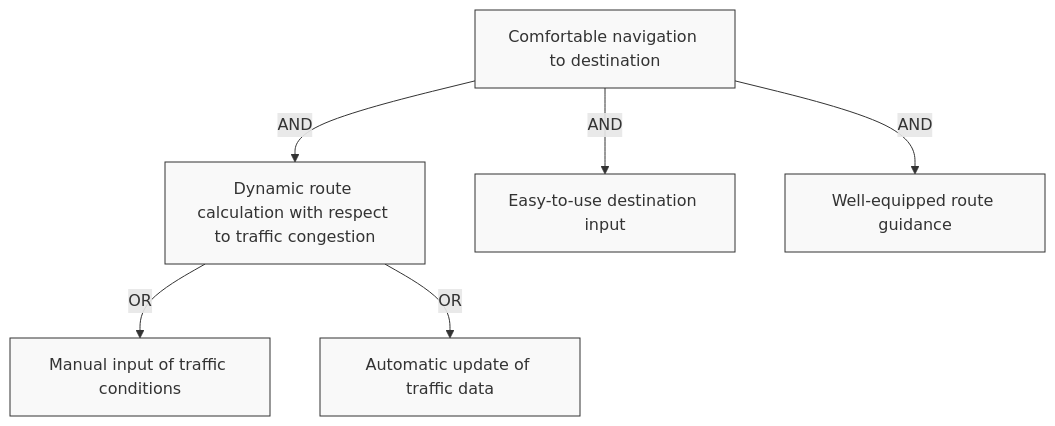
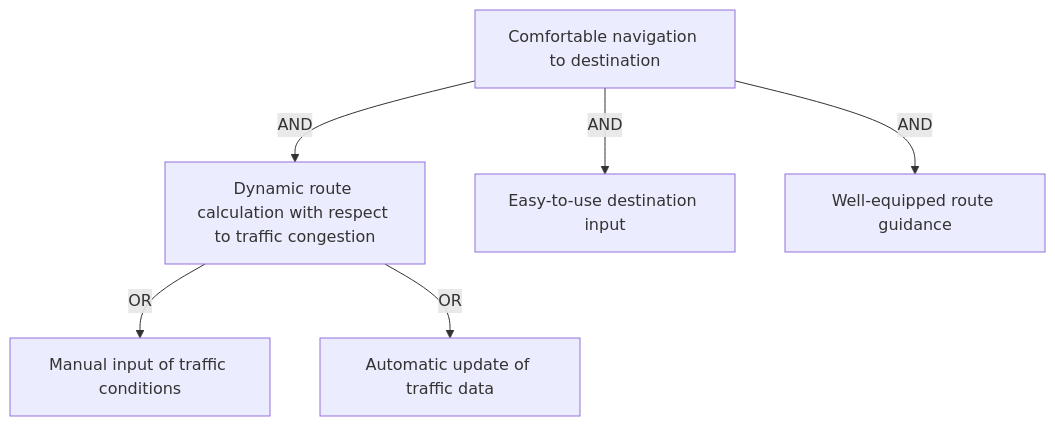
Diagram 24 of 42 in Y1S2/CKS121 Software Requirements.md (Fake1Doge/Obsidian-notes), drawn with Mermaid before and after one commit. The commit also changed other lines of this file and 1 other file, not shown here.

````diff
--- a/Y1S2/CKS121 Software Requirements.md
+++ b/Y1S2/CKS121 Software Requirements.md
@@ -1653,19 +1671,18 @@
 ```mermaid
 graph TD
-    classDef default fill:#f9f9f9,stroke:#333,stroke-width:1px;
     G1["Comfortable navigation to destination"]
     
     G1_1["Dynamic route calculation with respect to traffic congestion"]
     G1_2["Easy-to-use destination input"]
     G1_3["Well-equipped route guidance"]
     
     G1 -->|AND| G1_1
     G1 -->|AND| G1_2
     G1 -->|AND| G1_3
     
     G1_1_A["Manual input of traffic conditions"]
     G1_1_B["Automatic update of traffic data"]
     
     G1_1 -->|OR| G1_1_A
     G1_1 -->|OR| G1_1_B
 ```
````
